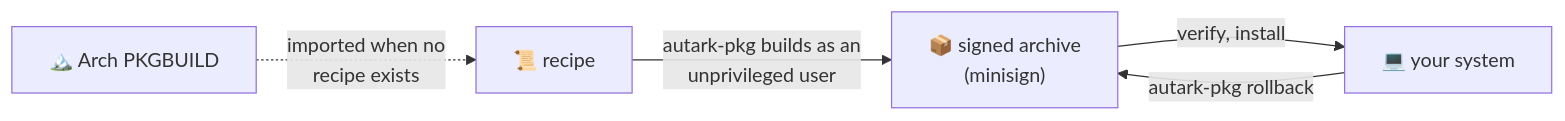
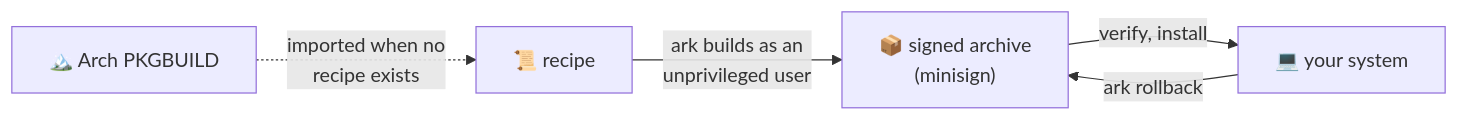
Before and after one commit to Seuketchi/autark: the third of 3 diagrams in README.md, drawn with Mermaid. The commit also changed other lines of this file and 22 other files, not shown here.

First line of the commit message:
Rename the autark-pkg command to ark

````diff
--- a/README.md
+++ b/README.md
@@ -89,7 +89,7 @@
 ```mermaid
 flowchart LR
-  r["📜 recipe"] -->|"autark-pkg builds as an<br>unprivileged user"| a["📦 signed archive<br>(minisign)"]
+  r["📜 recipe"] -->|"ark builds as an<br>unprivileged user"| a["📦 signed archive<br>(minisign)"]
   a -->|"verify, install"| s["💻 your system"]
-  s -->|"autark-pkg rollback"| a
+  s -->|"ark rollback"| a
   arch["🏔️ Arch PKGBUILD"] -.->|"imported when no<br>recipe exists"| r
 ```
````
